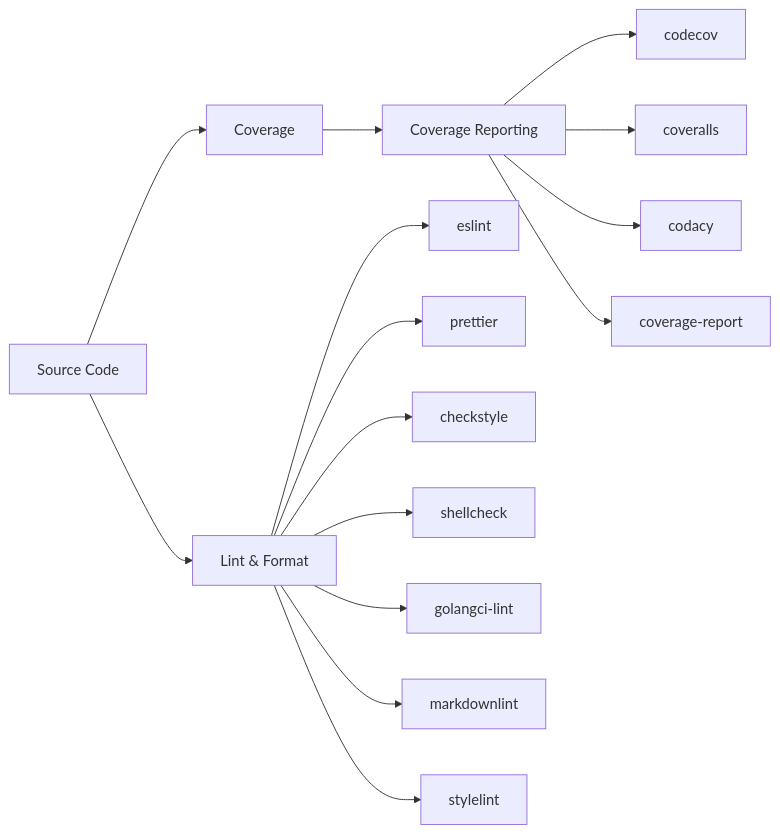
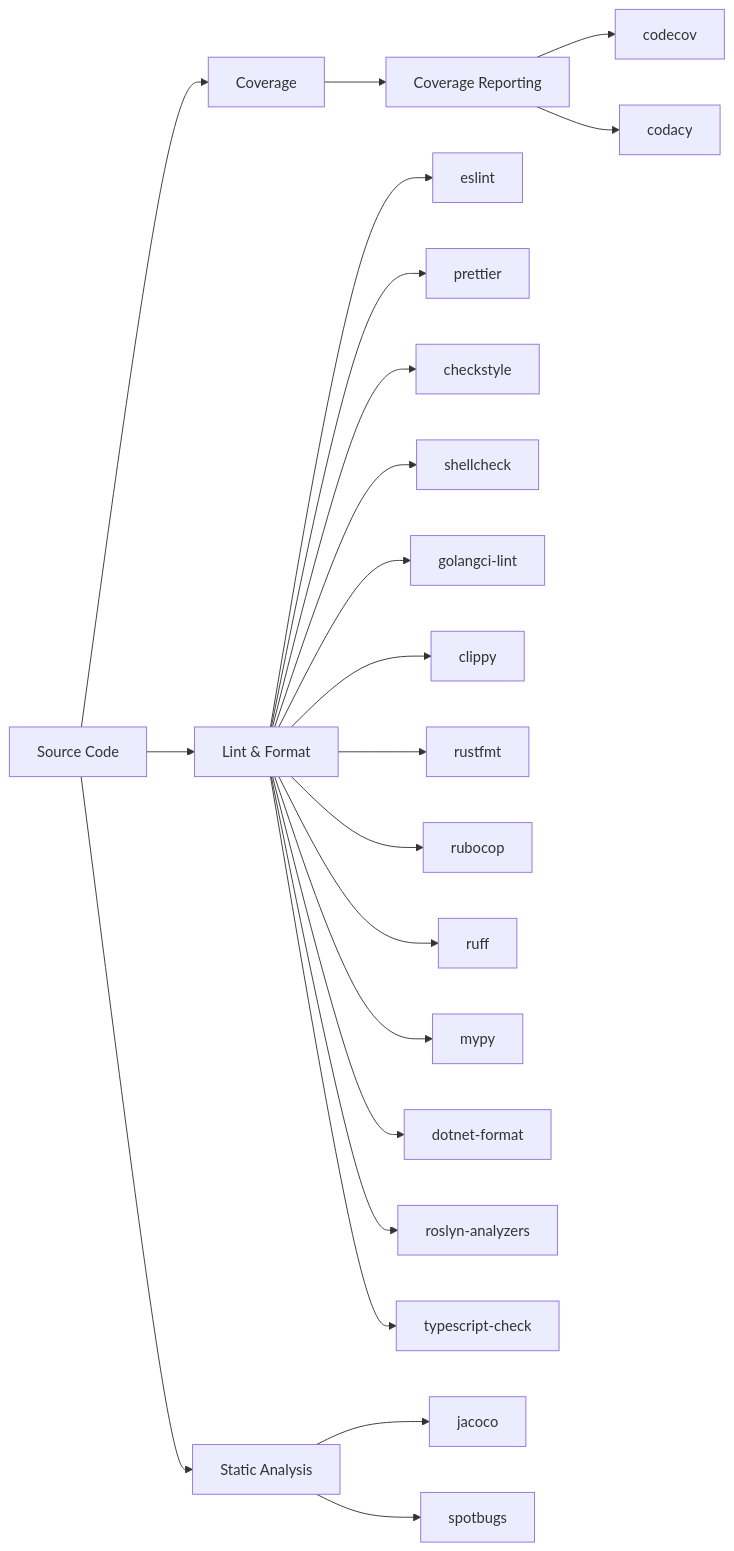
Before and after one commit to mwashburn160/pipeline-builder: the diagram in docs/plugins/quality.md, drawn with Mermaid. The commit also changed other lines of this file and 17 other files, not shown here.

````diff
--- a/docs/plugins/quality.md
+++ b/docs/plugins/quality.md
@@ -5,9 +5,13 @@
 ```mermaid
 flowchart LR
     Code[Source Code] --> LintFmt[Lint & Format]
     Code --> Cov[Coverage]
     Cov --> Report[Coverage Reporting]
 
-    LintFmt --> eslint & prettier & checkstyle & shellcheck & golangci-lint & markdownlint & stylelint
-    Report --> codecov & coveralls & codacy & coverage-report
+    LintFmt --> eslint & prettier & checkstyle & shellcheck & golangci-lint
+    LintFmt --> clippy & rustfmt & rubocop & ruff & mypy
+    LintFmt --> dotnet-format & roslyn-analyzers & typescript-check
+    Code --> StaticAnalysis[Static Analysis]
+    StaticAnalysis --> jacoco & spotbugs
+    Report --> codecov & codacy
 ```
````
